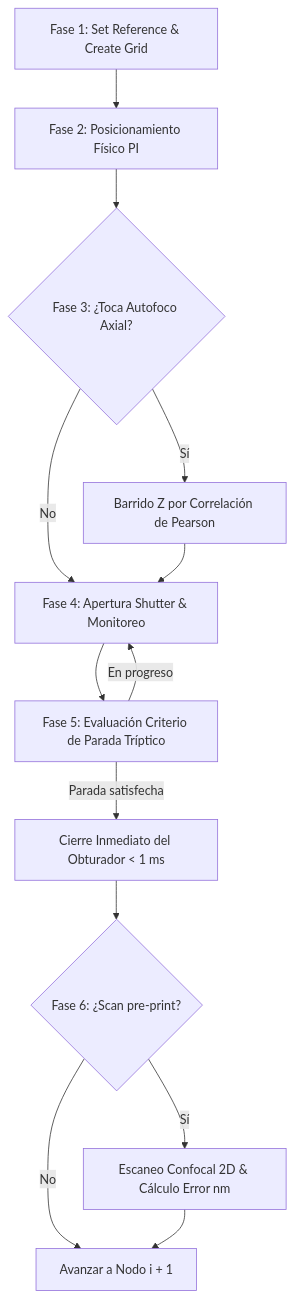
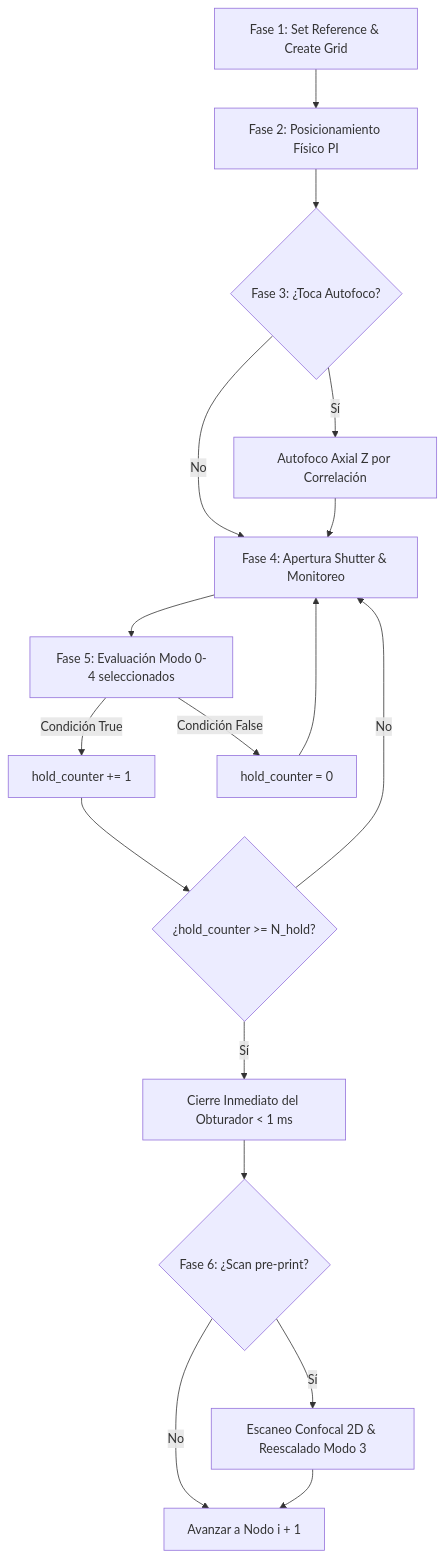
Before and after one commit to joselitog1999/pyprinting_3.0: the diagram in reportes/Algoritmo_Printing_y_Dimers_PyPrinting3.md, drawn with Mermaid. The commit also changed other lines of this file and 3 other files, not shown here.

Commit message:
Implement 5 stopping criteria modes in modules/measurements.py with dynamic GUI fields, N_hold anti-transient particle verification, dI/dt derivative flattening, and raw confocal rescaling

````diff
--- a/reportes/Algoritmo_Printing_y_Dimers_PyPrinting3.md
+++ b/reportes/Algoritmo_Printing_y_Dimers_PyPrinting3.md
@@ -71,15 +90,19 @@
 ```mermaid
 graph TD
     A[Fase 1: Set Reference & Create Grid] --> B[Fase 2: Posicionamiento Físico PI]
-    B --> C{Fase 3: ¿Toca Autofoco Axial?}
-    C -- Sí --> D[Barrido Z por Correlación de Pearson]
+    B --> C{Fase 3: ¿Toca Autofoco?}
+    C -- Sí --> D[Autofoco Axial Z por Correlación]
     C -- No --> E[Fase 4: Apertura Shutter & Monitoreo]
     D --> E
-    E --> F[Fase 5: Evaluación Criterio de Parada Tríptico]
-    F -- En progreso --> E
-    F -- Parada satisfecha --> G[Cierre Inmediato del Obturador < 1 ms]
-    G --> H{Fase 6: ¿Scan pre-print?}
-    H -- Sí --> I[Escaneo Confocal 2D & Cálculo Error nm]
-    H -- No --> J[Avanzar a Nodo i + 1]
-    I --> J
+    E --> F[Fase 5: Evaluación Modo 0-4 seleccionados]
+    F -- Condición True --> G[hold_counter += 1]
+    F -- Condición False --> H[hold_counter = 0]
+    G --> I{¿hold_counter >= N_hold?}
+    I -- Sí --> J[Cierre Inmediato del Obturador < 1 ms]
+    I -- No --> E
+    H --> E
+    J --> K{Fase 6: ¿Scan pre-print?}
+    K -- Sí --> L[Escaneo Confocal 2D & Reescalado Modo 3]
+    K -- No --> M[Avanzar a Nodo i + 1]
+    L --> M
 ```
````
